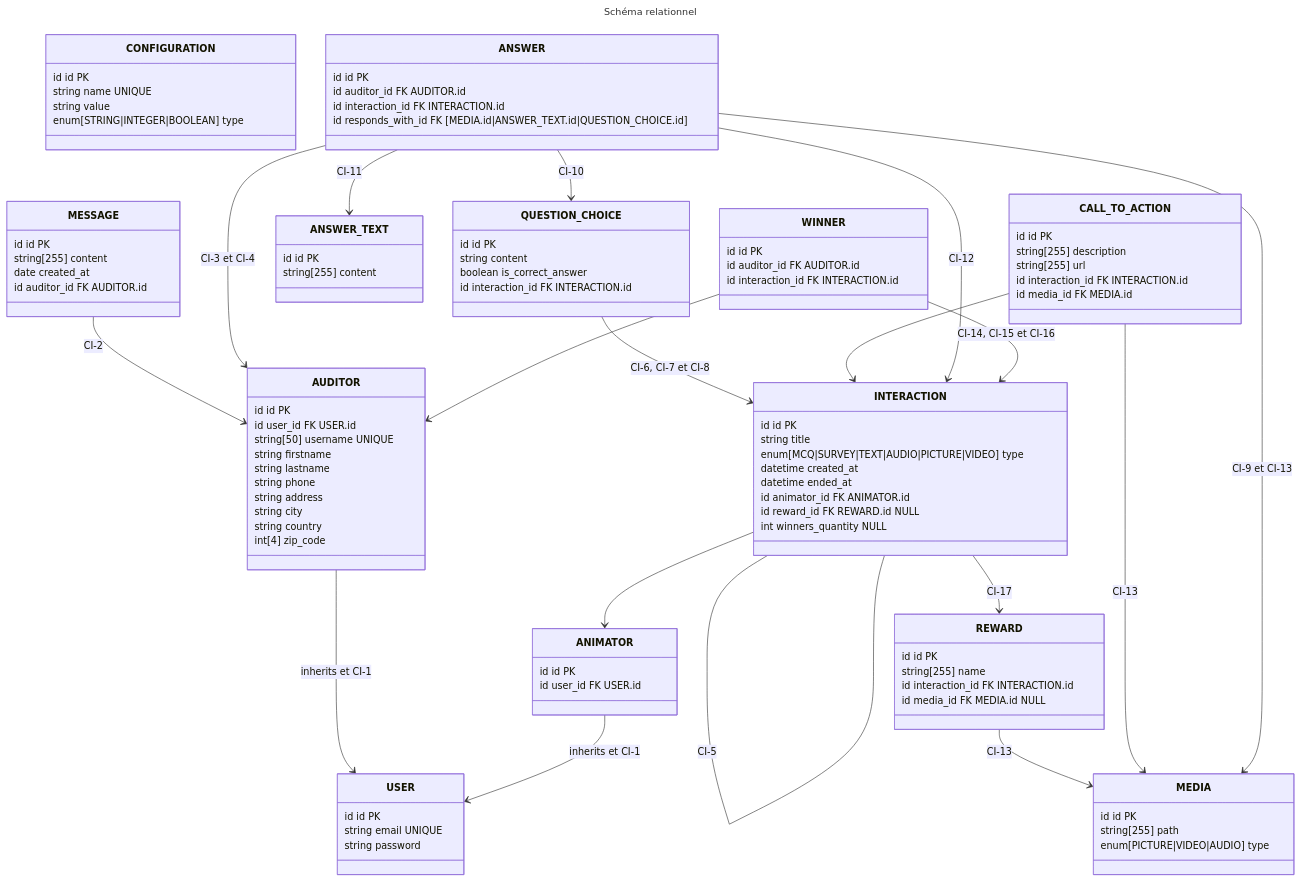
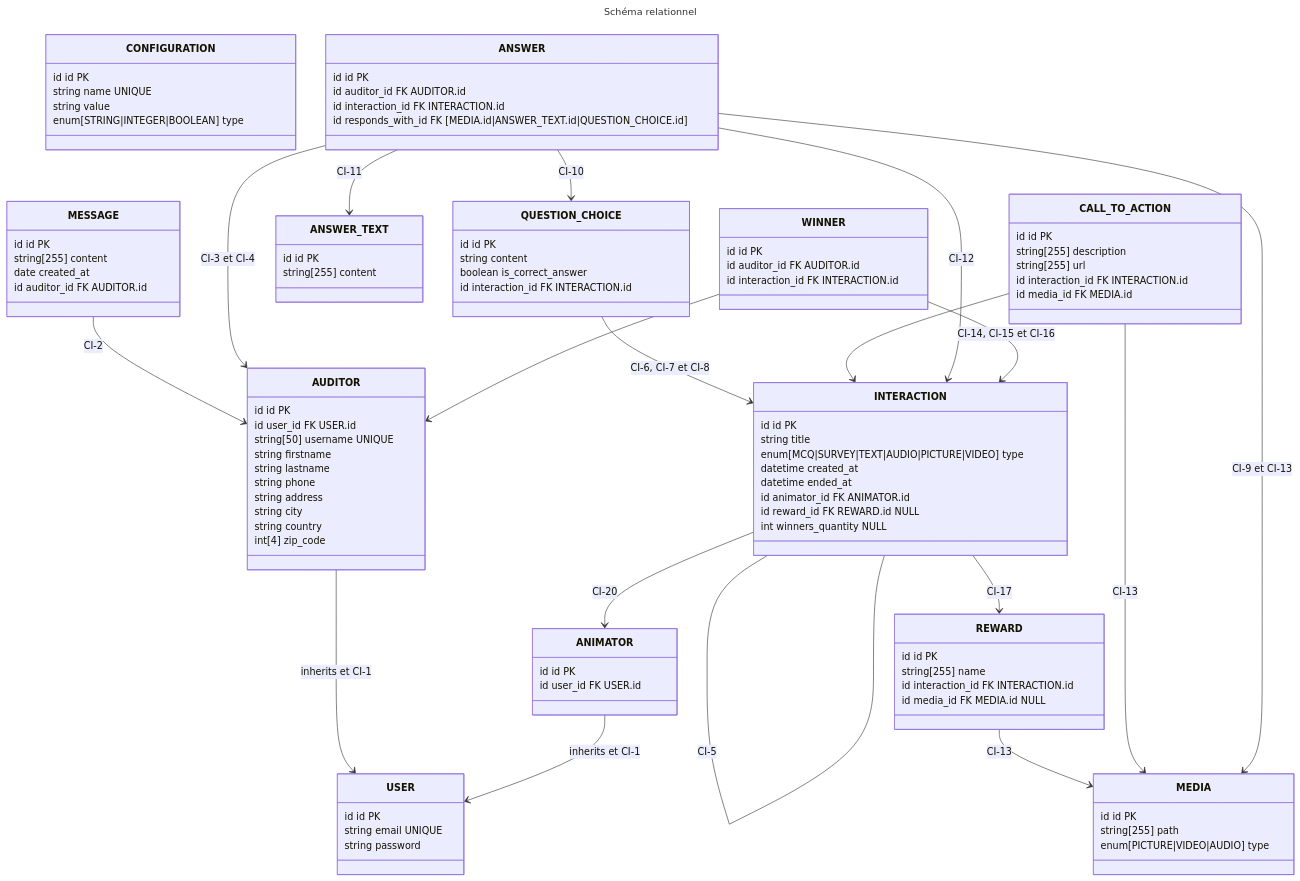
Before and after one commit to C-Super/couleur3: the diagram in docs/database/relational-schema.md, drawn with Mermaid.

Commit message:
Added CI-20

```diff
--- a/docs/database/relational-schema.md
+++ b/docs/database/relational-schema.md
@@ -104,7 +104,7 @@
 
     MESSAGE --> AUDITOR : CI-2
 
-    INTERACTION --> ANIMATOR
+    INTERACTION --> ANIMATOR : CI-20
     INTERACTION -- INTERACTION : CI-5
     INTERACTION --> REWARD : CI-17
 
```
